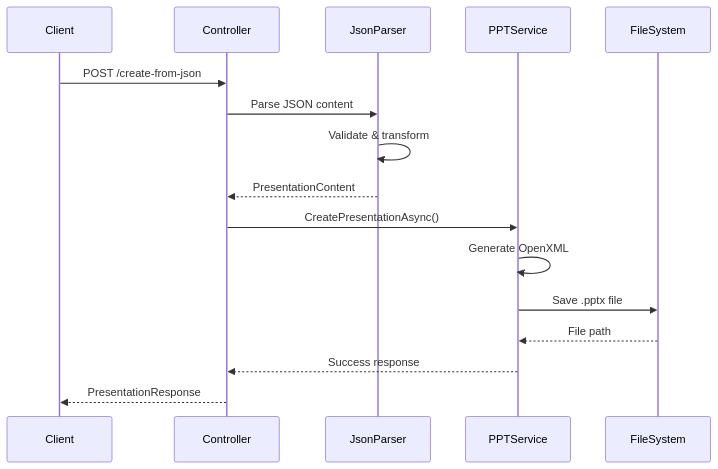
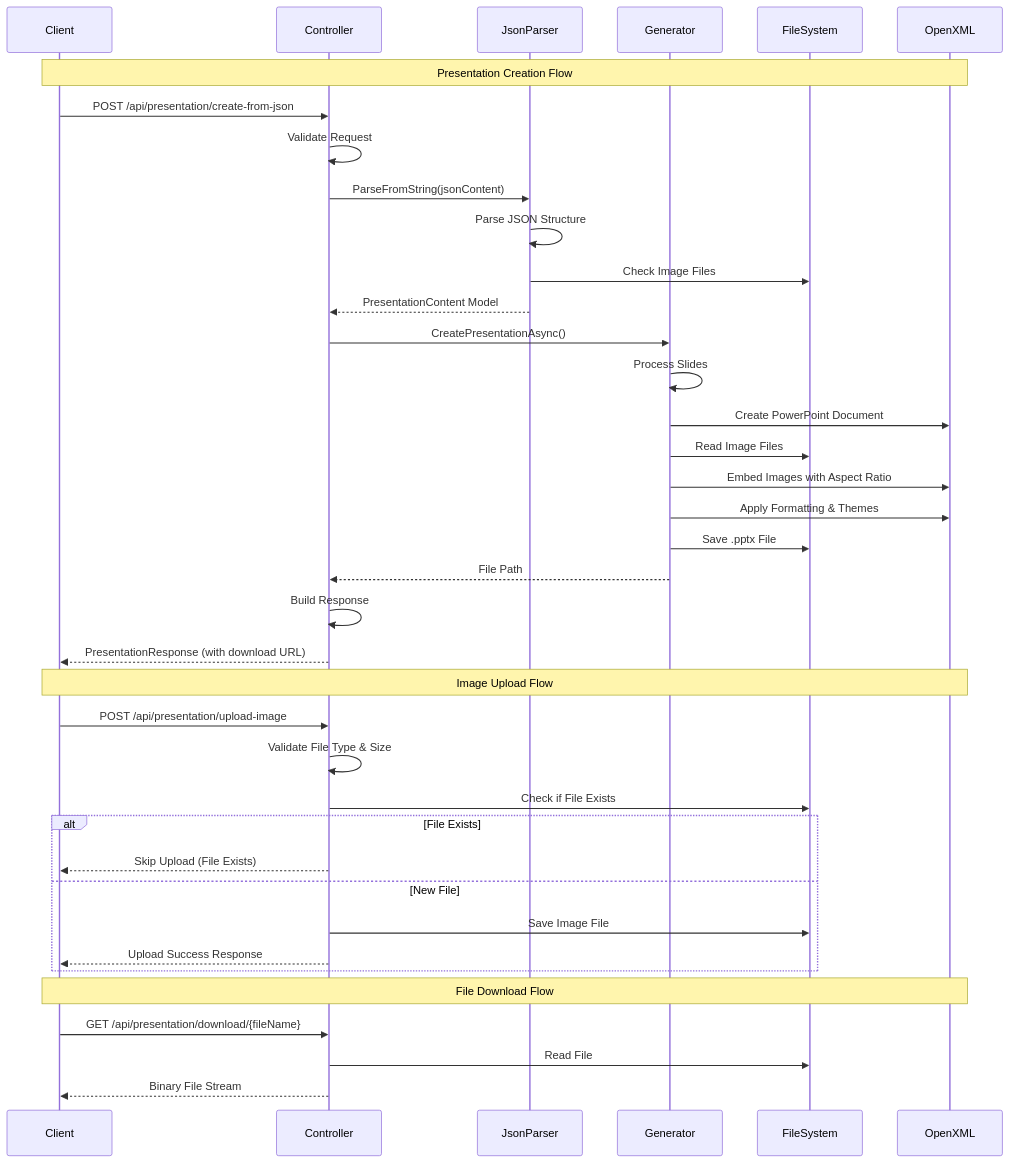
One commit to ahemavathy/Powerpoint changed the second of 11 diagrams in ARCHITECTURE_DIAGRAMS.md. Above: the diagram before and after it, drawn with Mermaid. The commit also changed other lines of this file and 8 other files, not shown here.

````diff
--- a/ARCHITECTURE_DIAGRAMS.md
+++ b/ARCHITECTURE_DIAGRAMS.md
@@ -100,19 +91,48 @@
 ```mermaid
 sequenceDiagram
     participant Client
     participant Controller
     participant JsonParser
-    participant PPTService
+    participant Generator
     participant FileSystem
+    participant OpenXML
 
-    Client->>Controller: POST /create-from-json
-    Controller->>JsonParser: Parse JSON content
-    JsonParser->>JsonParser: Validate & transform
-    JsonParser-->>Controller: PresentationContent
-    Controller->>PPTService: CreatePresentationAsync()
-    PPTService->>PPTService: Generate OpenXML
-    PPTService->>FileSystem: Save .pptx file
-    FileSystem-->>PPTService: File path
-    PPTService-->>Controller: Success response
-    Controller-->>Client: PresentationResponse
+    Note over Client,OpenXML: Presentation Creation Flow
+    
+    Client->>Controller: POST /api/presentation/create-from-json
+    Controller->>Controller: Validate Request
+    Controller->>JsonParser: ParseFromString(jsonContent)
+    JsonParser->>JsonParser: Parse JSON Structure
+    JsonParser->>FileSystem: Check Image Files
+    JsonParser-->>Controller: PresentationContent Model
+    
+    Controller->>Generator: CreatePresentationAsync()
+    Generator->>Generator: Process Slides
+    Generator->>OpenXML: Create PowerPoint Document
+    Generator->>FileSystem: Read Image Files
+    Generator->>OpenXML: Embed Images with Aspect Ratio
+    Generator->>OpenXML: Apply Formatting & Themes
+    Generator->>FileSystem: Save .pptx File
+    Generator-->>Controller: File Path
+    
+    Controller->>Controller: Build Response
+    Controller-->>Client: PresentationResponse (with download URL)
+
+    Note over Client,OpenXML: Image Upload Flow
+    
+    Client->>Controller: POST /api/presentation/upload-image
+    Controller->>Controller: Validate File Type & Size
+    Controller->>FileSystem: Check if File Exists
+    alt File Exists
+        Controller-->>Client: Skip Upload (File Exists)
+    else New File
+        Controller->>FileSystem: Save Image File
+        Controller-->>Client: Upload Success Response
+    end
+
+    Note over Client,OpenXML: File Download Flow
+    
+    Client->>Controller: GET /api/presentation/download/{fileName}
+    Controller->>FileSystem: Read File
+    Controller-->>Client: Binary File Stream
 ```
````
